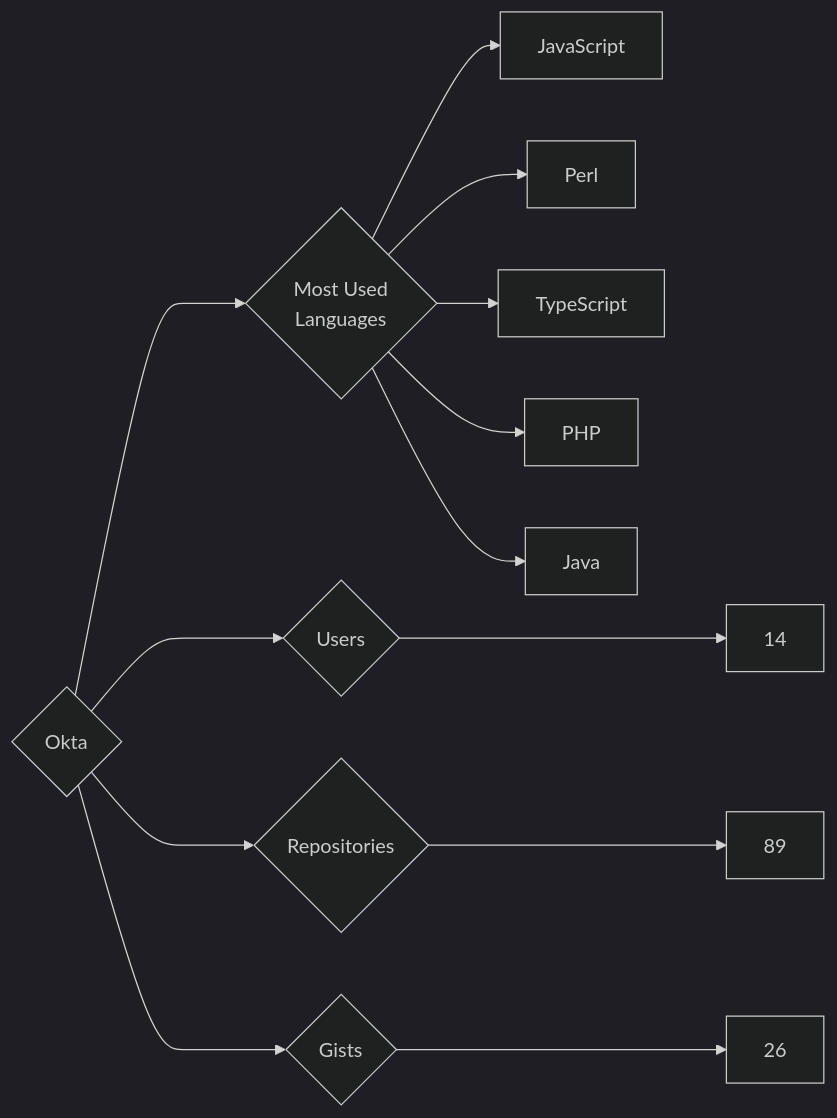
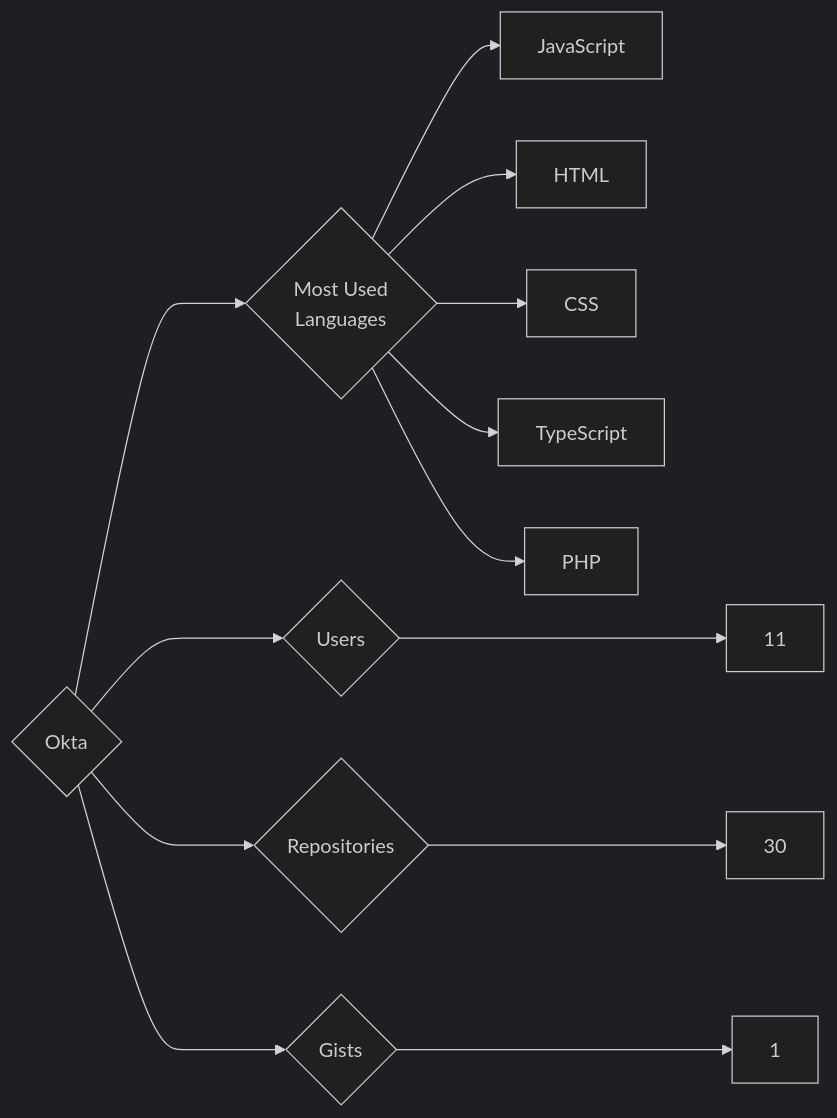
Before and after one commit to trickest/insiders: the diagram in targets/Okta/README.md, drawn with Mermaid (dark theme). The commit also changed 1508 other files, not shown here.

````diff
--- a/targets/Okta/README.md
+++ b/targets/Okta/README.md
@@ -3,13 +3,13 @@
 ```mermaid
 graph LR
 COMPANY_NAME{Okta}
-COMPANY_NAME ---> U{Users} ---> UN[14]
-COMPANY_NAME ---> R{Repositories} ---> RN[89]
-COMPANY_NAME ---> G{Gists} ---> GN[26]
+COMPANY_NAME ---> U{Users} ---> UN[11]
+COMPANY_NAME ---> R{Repositories} ---> RN[30]
+COMPANY_NAME ---> G{Gists} ---> GN[1]
 COMPANY_NAME ---> ML{Most Used<br>Languages}
 ML --> JavaScript[JavaScript]
-ML --> Perl[Perl]
+ML --> HTML[HTML]
+ML --> CSS[CSS]
 ML --> TypeScript[TypeScript]
 ML --> PHP[PHP]
-ML --> Java[Java]
 ```
````
